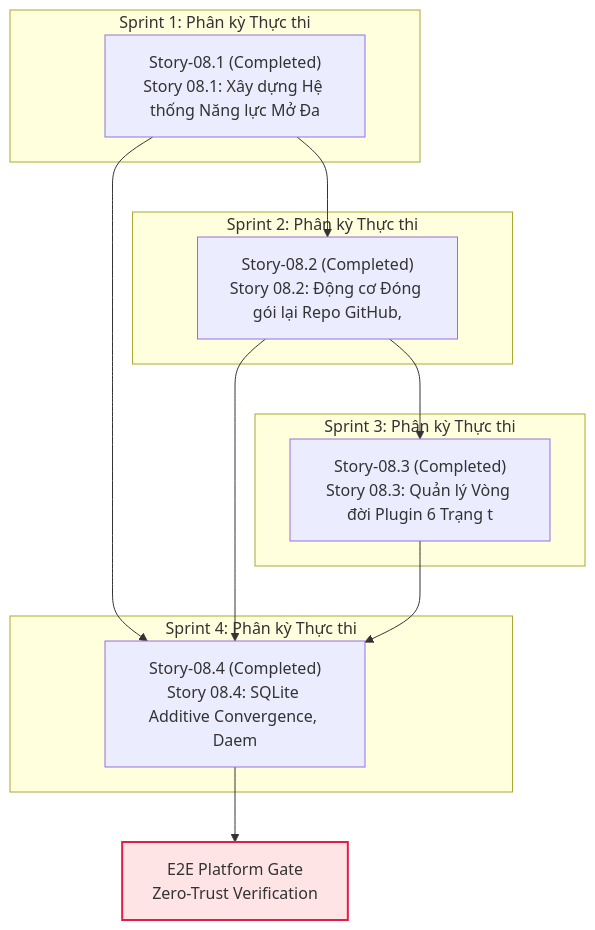
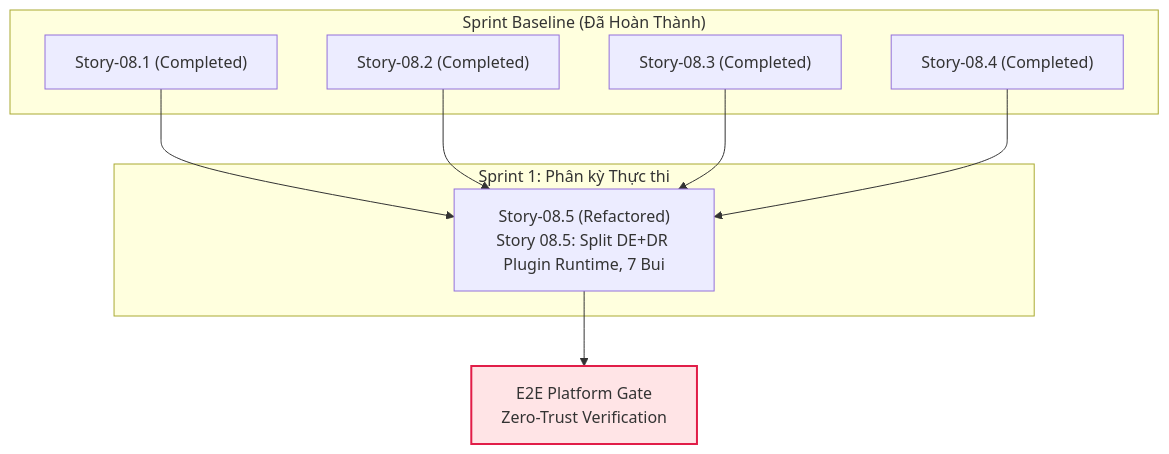
Before and after one commit to Nam123321/cowok-design: the diagram in _iwish-output/3. Development/1. Epic & Story/VS-04. agentskills.io Plugin Ecosystem, Design-Only REA Forge & JEV — TypeSafe/Epic-08/epic.md, drawn with Mermaid. The commit also changed other lines of this file and 341 other files, not shown here.

````diff
--- a/_iwish-output/3. Development/1. Epic & Story/VS-04. agentskills.io Plugin Ecosystem, Design-Only REA Forge & JEV — TypeSafe/Epic-08/epic.md
+++ b/_iwish-output/3. Development/1. Epic & Story/VS-04. agentskills.io Plugin Ecosystem, Design-Only REA Forge & JEV — TypeSafe/Epic-08/epic.md
@@ -98,32 +97,26 @@
 ```mermaid
 flowchart TD
-    subgraph S1["Sprint 1: Phân kỳ Thực thi"]
-        Story_08_1["Story-08.1 (Completed)<br>Story 08.1: Xây dựng Hệ thống Năng lực Mở Đa "]
+    subgraph S0["Sprint Baseline (Đã Hoàn Thành)"]
+        Story_08_1["Story-08.1 (Completed)"]
+        Story_08_2["Story-08.2 (Completed)"]
+        Story_08_3["Story-08.3 (Completed)"]
+        Story_08_4["Story-08.4 (Completed)"]
     end
 
-    subgraph S2["Sprint 2: Phân kỳ Thực thi"]
-        Story_08_2["Story-08.2 (Completed)<br>Story 08.2: Động cơ Đóng gói lại Repo GitHub,"]
-    end
-
-    subgraph S3["Sprint 3: Phân kỳ Thực thi"]
-        Story_08_3["Story-08.3 (Completed)<br>Story 08.3: Quản lý Vòng đời Plugin 6 Trạng t"]
-    end
-
-    subgraph S4["Sprint 4: Phân kỳ Thực thi"]
-        Story_08_4["Story-08.4 (Completed)<br>Story 08.4: SQLite Additive Convergence, Daem"]
+    subgraph S1["Sprint 1: Phân kỳ Thực thi"]
+        Story_08_5["Story-08.5 (Refactored)<br>Story 08.5: Split DE+DR Plugin Runtime, 7 Bui"]
     end
 
     E2E_GATE["E2E Platform Gate<br>Zero-Trust Verification"]
-    Story_08_1 --> Story_08_2
-    Story_08_2 --> Story_08_3
-    Story_08_1 --> Story_08_4
-    Story_08_2 --> Story_08_4
-    Story_08_3 --> Story_08_4
-    Story_08_4 --> E2E_GATE
+    Story_08_1 --> Story_08_5
+    Story_08_2 --> Story_08_5
+    Story_08_3 --> Story_08_5
+    Story_08_4 --> Story_08_5
+    Story_08_5 --> E2E_GATE
 
     classDef completed fill:#dcfce7,stroke:#16a34a,stroke-width:2px;
     classDef refactored fill:#fef3c7,stroke:#d97706,stroke-width:2px;
     classDef backlog fill:#f1f5f9,stroke:#64748b,stroke-width:2px;
     classDef gate fill:#ffe4e6,stroke:#e11d48,stroke-width:2px;
     class E2E_GATE gate;
 ```
````
